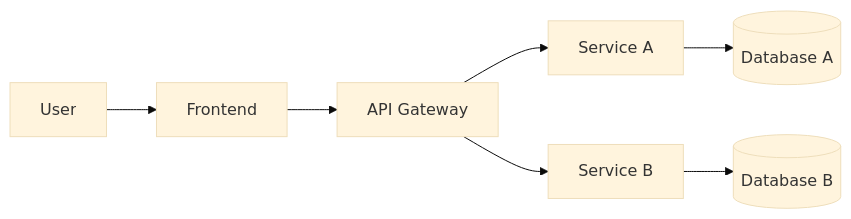
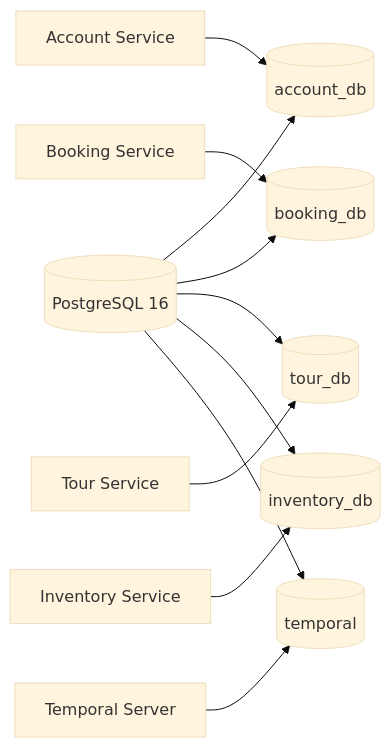
One commit to phamthanhlong100504-xpnd/soa-pttk-impliment changed the second of 2 diagrams in docs/architecture.md. Above: the diagram before and after it, drawn with Mermaid (base theme). The commit also changed other lines of this file and 18 other files, not shown here.

````diff
--- a/docs/architecture.md
+++ b/docs/architecture.md
@@ -62,9 +154,15 @@
 ```mermaid
 graph LR
-    U[User] --> FE[Frontend]
-    FE --> GW[API Gateway]
-    GW --> SA[Service A]
-    GW --> SB[Service B]
-    SA --> DB1[(Database A)]
-    SB --> DB2[(Database B)]
+    DB[(PostgreSQL 16)]
+    DB --> DB1[(account_db)]
+    DB --> DB2[(booking_db)]
+    DB --> DB3[(tour_db)]
+    DB --> DB4[(inventory_db)]
+    DB --> DB5[(temporal)]
+
+    ACC[Account Service] --> DB1
+    BOOK[Booking Service] --> DB2
+    TOUR[Tour Service] --> DB3
+    INV[Inventory Service] --> DB4
+    TEMP[Temporal Server] --> DB5
 ```
````
